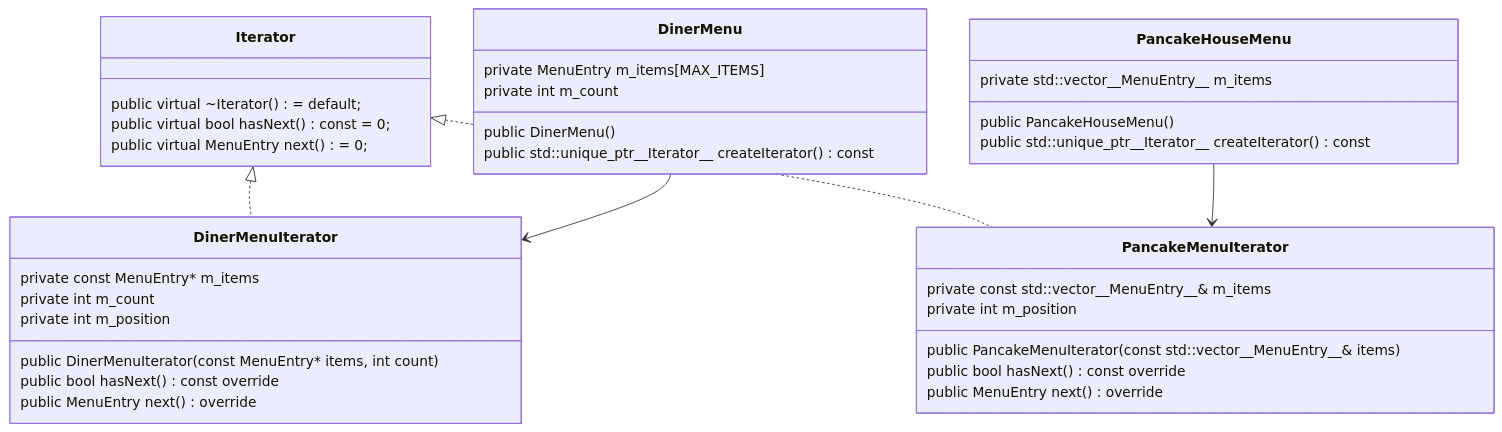
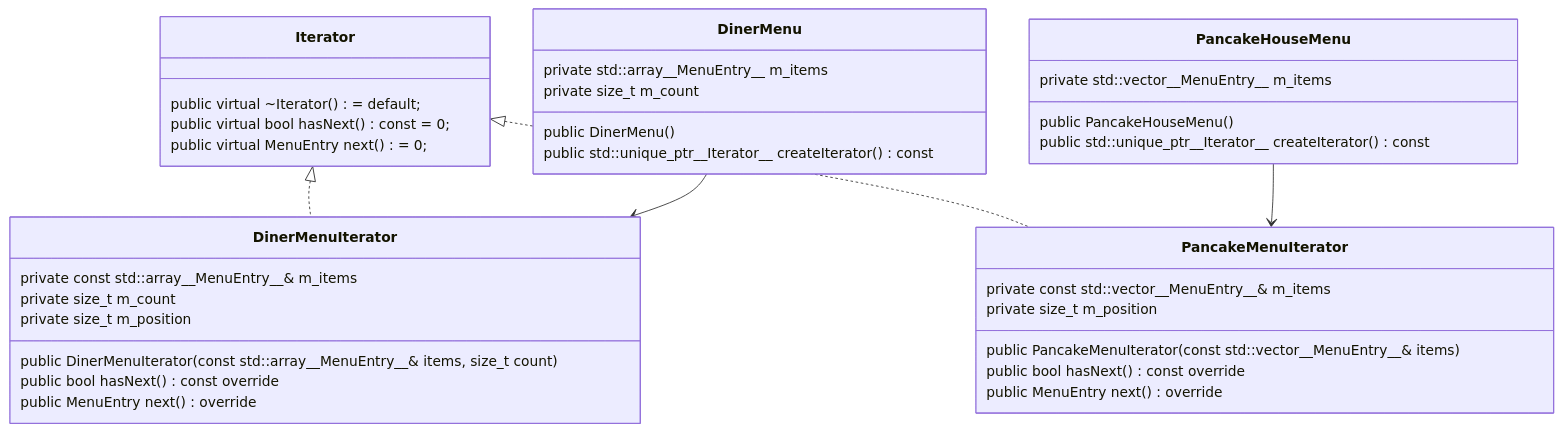
Before and after one commit to rngoodner/design-patterns: the tenth of 13 diagrams in README.md, drawn with Mermaid. The commit also changed 2 other files, not shown here.

Commit message:
modernize iterator: std::array, size_t, no raw pointer
- replace C-style array with std::array in DinerMenu
- change m_count, m_position, c_maxItems to size_t throughout
- DinerMenuIterator takes const std::array& instead of raw pointer
- remove static_cast in PancakeMenuIterator::hasNext()
- update README diagram to match

````diff
--- a/README.md
+++ b/README.md
@@ -652,44 +652,44 @@
 ```mermaid
 classDiagram
 
 class Iterator {
     public virtual ~Iterator() = default;
     public virtual bool hasNext() const = 0;
     public virtual MenuEntry next() = 0;
 }
 
 class DinerMenu {
     public DinerMenu()
     public std::unique_ptr__Iterator__ createIterator() const
-    private MenuEntry m_items[MAX_ITEMS]
-    private int m_count
+    private std::array__MenuEntry__ m_items
+    private size_t m_count
 }
 
 class DinerMenuIterator {
-    public DinerMenuIterator(const MenuEntry* items, int count)
+    public DinerMenuIterator(const std::array__MenuEntry__& items, size_t count)
     public bool hasNext() const override
     public MenuEntry next() override
-    private const MenuEntry* m_items
-    private int m_count
-    private int m_position
+    private const std::array__MenuEntry__& m_items
+    private size_t m_count
+    private size_t m_position
 }
 
 class PancakeHouseMenu {
     public PancakeHouseMenu()
     public std::unique_ptr__Iterator__ createIterator() const
     private std::vector__MenuEntry__ m_items
 }
 
 class PancakeMenuIterator {
     public PancakeMenuIterator(const std::vector__MenuEntry__& items)
     public bool hasNext() const override
     public MenuEntry next() override
     private const std::vector__MenuEntry__& m_items
-    private int m_position
+    private size_t m_position
 }
 
 Iterator <|.. DinerMenuIterator
 Iterator <|.. PancakeMenuIterator
 DinerMenu --> DinerMenuIterator
 PancakeHouseMenu --> PancakeMenuIterator
 ```
````
